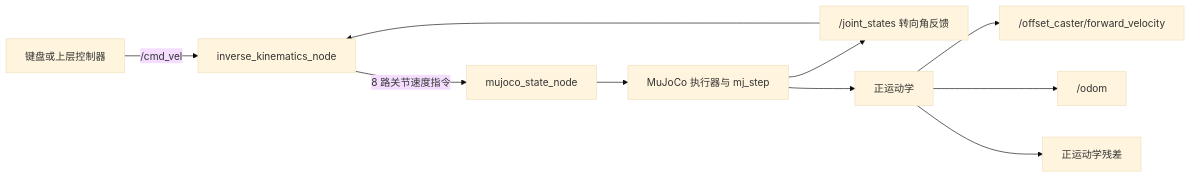
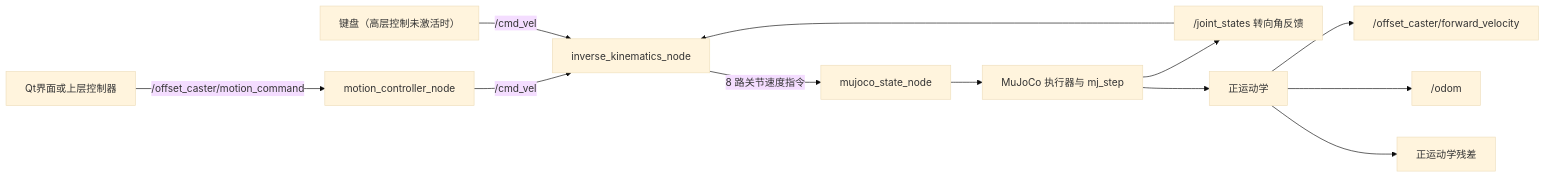
One commit to Li-Selena/Research_project changed the diagram in Offest_steeringWheel/README.md. Above: the diagram before and after it, drawn with Mermaid (base theme). The commit also changed other lines of this file and 38 other files, not shown here.

````diff
--- a/Offest_steeringWheel/README.md
+++ b/Offest_steeringWheel/README.md
@@ -95,12 +95,14 @@
 ```mermaid
 flowchart LR
-    A["键盘或上层控制器"] -->|"/cmd_vel"| B["inverse_kinematics_node"]
+    A["Qt界面或上层控制器"] -->|"/offset_caster/motion_command"| M["motion_controller_node"]
+    M -->|"/cmd_vel"| B["inverse_kinematics_node"]
+    K["键盘（高层控制未激活时）"] -->|"/cmd_vel"| B
     E["/joint_states 转向角反馈"] --> B
     B -->|"8 路关节速度指令"| C["mujoco_state_node"]
     C --> D["MuJoCo 执行器与 mj_step"]
     D --> E
     D --> F["正运动学"]
     F --> G["/offset_caster/forward_velocity"]
     F --> H["/odom"]
     F --> I["正运动学残差"]
 ```
````
